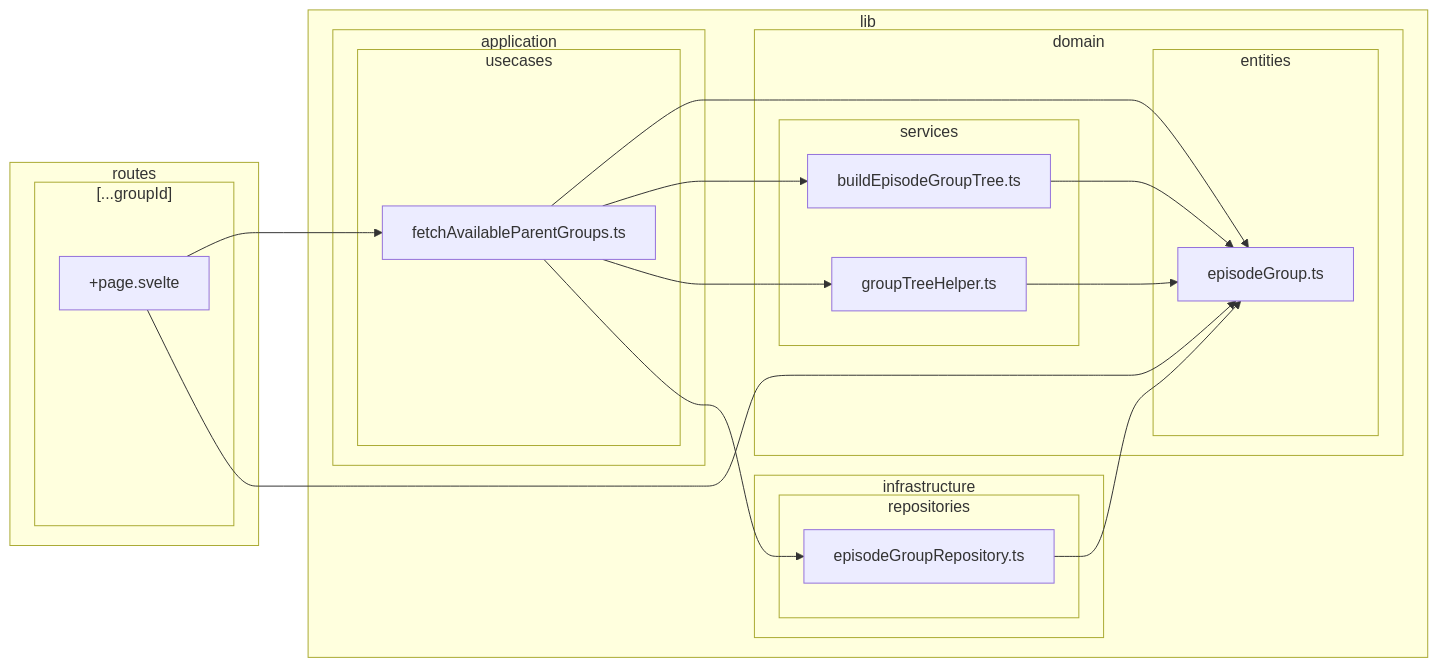
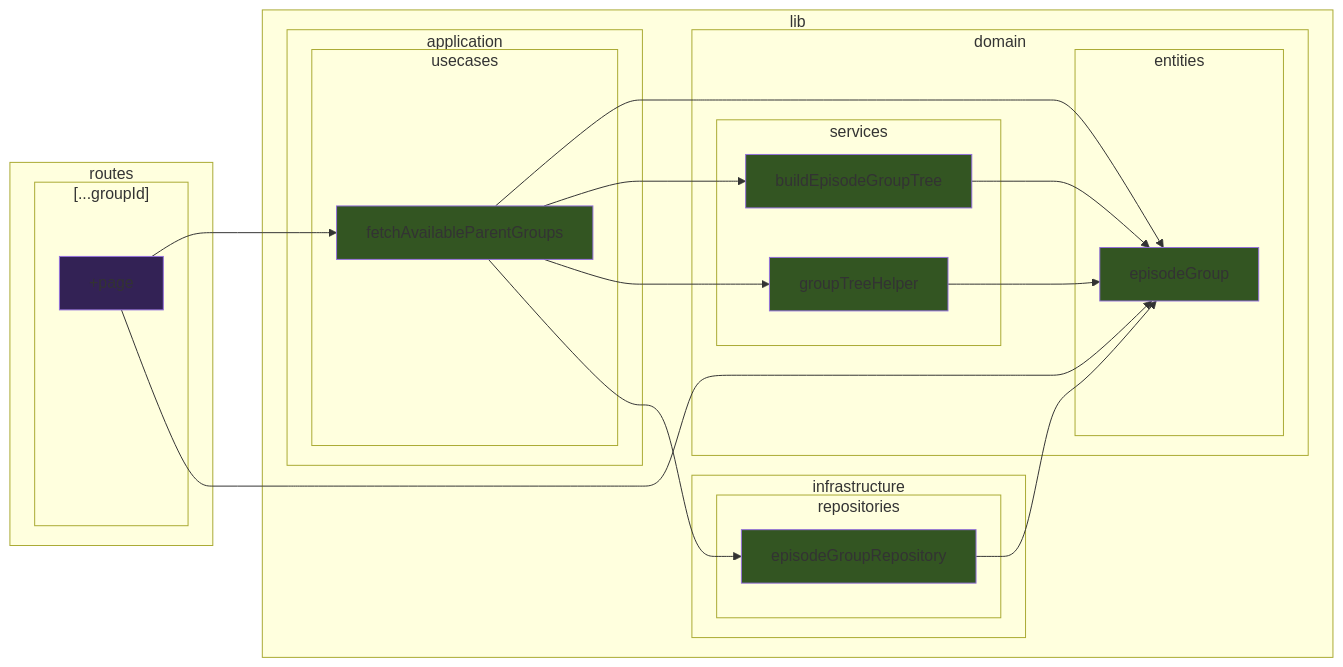
One commit to k5n/kotonoha changed diagram 16 of 39 in doc/dependency-graph.md. Above: the diagram before and after it, drawn with Mermaid. The commit also changed other lines of this file, not shown here.

````diff
--- a/doc/dependency-graph.md
+++ b/doc/dependency-graph.md
@@ -680,38 +873,47 @@
 ```mermaid
 graph LR
+    classDef cssSvelteComponent fill:#325;
+    classDef cssSvelteScript fill:#535;
+    classDef cssTypeScript fill:#352;
         subgraph sg_lib ["lib"]
             subgraph sg_lib_application ["application"]
                 subgraph sg_lib_application_usecases ["usecases"]
-                    src_lib_application_usecases_fetchAvailableParentGroups_ts["fetchAvailableParentGroups.ts"]
+                    src_lib_application_usecases_fetchAvailableParentGroups_ts["fetchAvailableParentGroups"]
                 end
             end
             subgraph sg_lib_domain ["domain"]
                 subgraph sg_lib_domain_entities ["entities"]
-                    src_lib_domain_entities_episodeGroup_ts["episodeGroup.ts"]
+                    src_lib_domain_entities_episodeGroup_ts["episodeGroup"]
                 end
                 subgraph sg_lib_domain_services ["services"]
-                    src_lib_domain_services_buildEpisodeGroupTree_ts["buildEpisodeGroupTree.ts"]
-                    src_lib_domain_services_groupTreeHelper_ts["groupTreeHelper.ts"]
+                    src_lib_domain_services_buildEpisodeGroupTree_ts["buildEpisodeGroupTree"]
+                    src_lib_domain_services_groupTreeHelper_ts["groupTreeHelper"]
                 end
             end
             subgraph sg_lib_infrastructure ["infrastructure"]
                 subgraph sg_lib_infrastructure_repositories ["repositories"]
-                    src_lib_infrastructure_repositories_episodeGroupRepository_ts["episodeGroupRepository.ts"]
+                    src_lib_infrastructure_repositories_episodeGroupRepository_ts["episodeGroupRepository"]
                 end
             end
         end
         subgraph sg_routes ["routes"]
             subgraph sg_routes_____groupId_ ["[...groupId]"]
-                src_routes_____groupId___page_svelte["+page.svelte"]
+                src_routes_____groupId___page_svelte["+page"]
             end
         end
     src_lib_application_usecases_fetchAvailableParentGroups_ts --> src_lib_domain_entities_episodeGroup_ts
     src_lib_application_usecases_fetchAvailableParentGroups_ts --> src_lib_domain_services_buildEpisodeGroupTree_ts
     src_lib_application_usecases_fetchAvailableParentGroups_ts --> src_lib_domain_services_groupTreeHelper_ts
     src_lib_application_usecases_fetchAvailableParentGroups_ts --> src_lib_infrastructure_repositories_episodeGroupRepository_ts
     src_lib_domain_services_buildEpisodeGroupTree_ts --> src_lib_domain_entities_episodeGroup_ts
     src_lib_domain_services_groupTreeHelper_ts --> src_lib_domain_entities_episodeGroup_ts
     src_lib_infrastructure_repositories_episodeGroupRepository_ts --> src_lib_domain_entities_episodeGroup_ts
     src_routes_____groupId___page_svelte --> src_lib_application_usecases_fetchAvailableParentGroups_ts
     src_routes_____groupId___page_svelte --> src_lib_domain_entities_episodeGroup_ts
+    class src_lib_application_usecases_fetchAvailableParentGroups_ts cssTypeScript
+    class src_lib_domain_entities_episodeGroup_ts cssTypeScript
+    class src_lib_domain_services_buildEpisodeGroupTree_ts cssTypeScript
+    class src_lib_domain_services_groupTreeHelper_ts cssTypeScript
+    class src_lib_infrastructure_repositories_episodeGroupRepository_ts cssTypeScript
+    class src_routes_____groupId___page_svelte cssSvelteComponent
 ```
````
